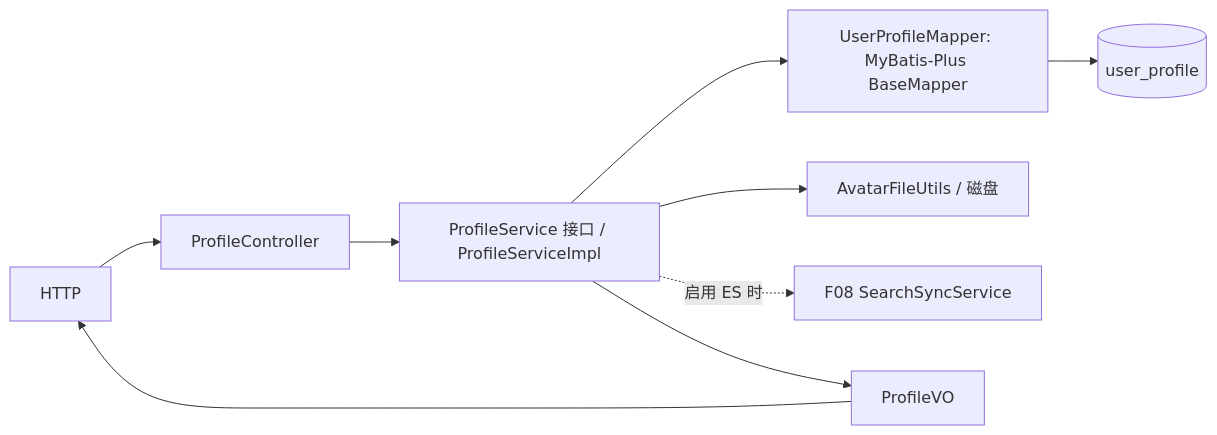
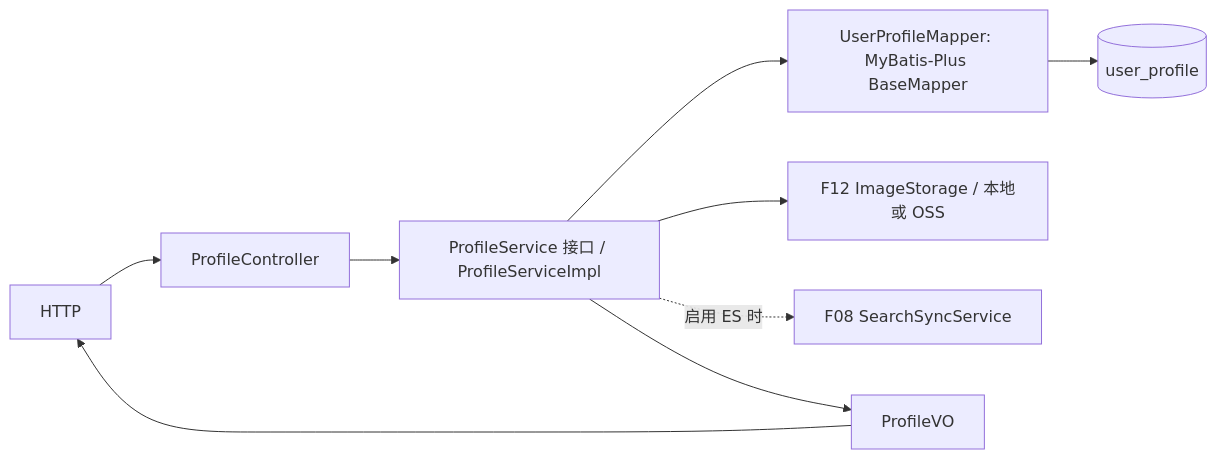
The diagram in src/main/java/org/example/rebuiltzijingforum/f02_profile/NeedToUnderstandingF02.md (Wengjinyuan/RelearnFromZiJingForum), drawn with Mermaid before and after one commit. The commit also changed other lines of this file and 7 other files, not shown here.

````diff
--- a/src/main/java/org/example/rebuiltzijingforum/f02_profile/NeedToUnderstandingF02.md
+++ b/src/main/java/org/example/rebuiltzijingforum/f02_profile/NeedToUnderstandingF02.md
@@ -9,10 +9,10 @@
 ```mermaid
 flowchart LR
     HTTP --> C[ProfileController]
     C --> S[ProfileService 接口 / ProfileServiceImpl]
     S --> M[UserProfileMapper: MyBatis-Plus BaseMapper]
     M --> DB[(user_profile)]
-    S --> F[AvatarFileUtils / 磁盘]
+    S --> F[F12 ImageStorage / 本地或 OSS]
     S -.启用 ES 时.-> X[F08 SearchSyncService]
     S --> V[ProfileVO] --> HTTP
 ```
````
